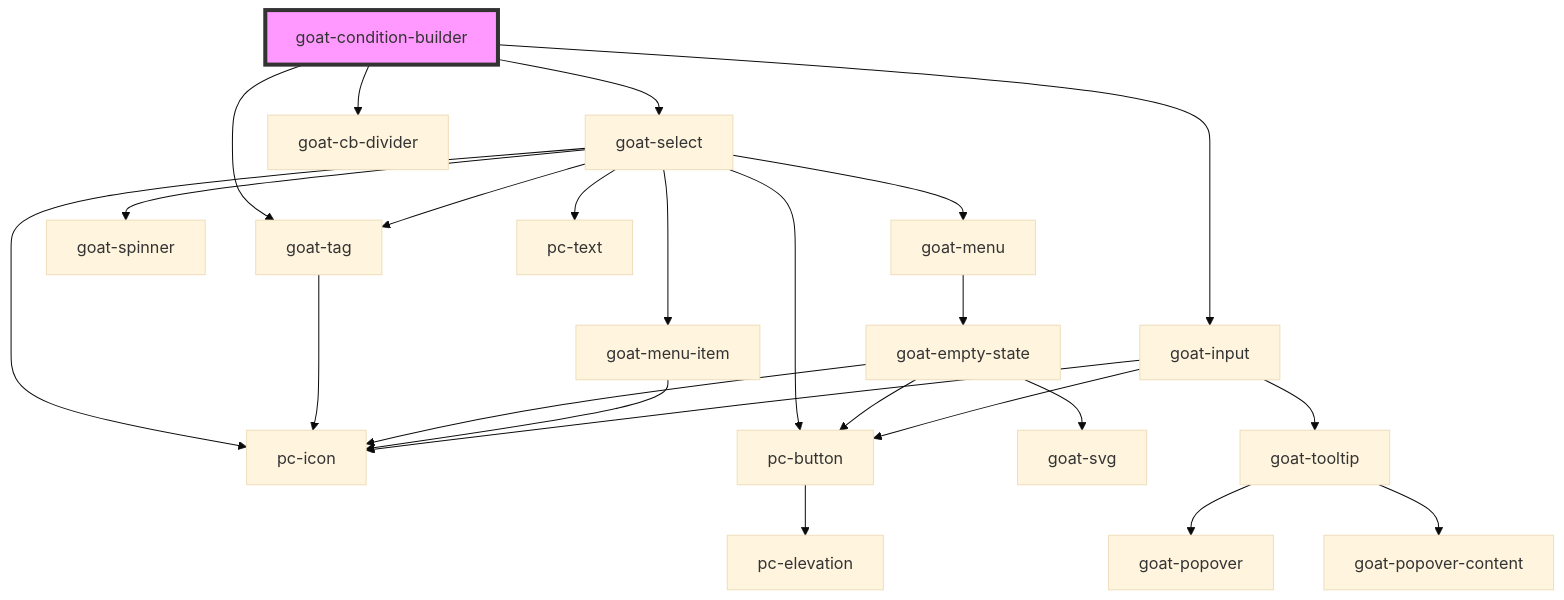
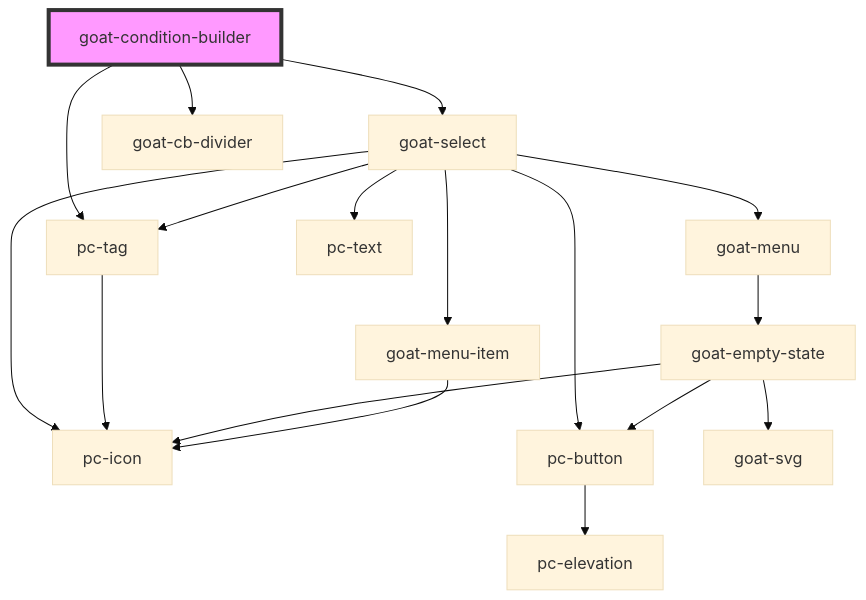
One commit to redvars/peacock changed the diagram in src/components/application/condition-builder/condition-builder/readme.md. Above: the diagram before and after it, drawn with Mermaid (base theme). The commit also changed other lines of this file and 127 other files, not shown here.

````diff
--- a/src/components/application/condition-builder/condition-builder/readme.md
+++ b/src/components/application/condition-builder/condition-builder/readme.md
@@ -25,27 +24,20 @@
 ```mermaid
 graph TD;
   goat-condition-builder --> goat-select
-  goat-condition-builder --> goat-input
   goat-condition-builder --> goat-cb-divider
-  goat-condition-builder --> goat-tag
+  goat-condition-builder --> pc-tag
   goat-select --> pc-icon
-  goat-select --> goat-tag
+  goat-select --> pc-tag
   goat-select --> pc-button
-  goat-select --> goat-spinner
   goat-select --> goat-menu
   goat-select --> pc-text
   goat-select --> goat-menu-item
-  goat-tag --> pc-icon
+  pc-tag --> pc-icon
   pc-button --> pc-elevation
   goat-menu --> goat-empty-state
   goat-empty-state --> goat-svg
   goat-empty-state --> pc-button
   goat-empty-state --> pc-icon
   goat-menu-item --> pc-icon
-  goat-input --> goat-tooltip
-  goat-input --> pc-button
-  goat-input --> pc-icon
-  goat-tooltip --> goat-popover
-  goat-tooltip --> goat-popover-content
   style goat-condition-builder fill:#f9f,stroke:#333,stroke-width:4px
 ```
````
